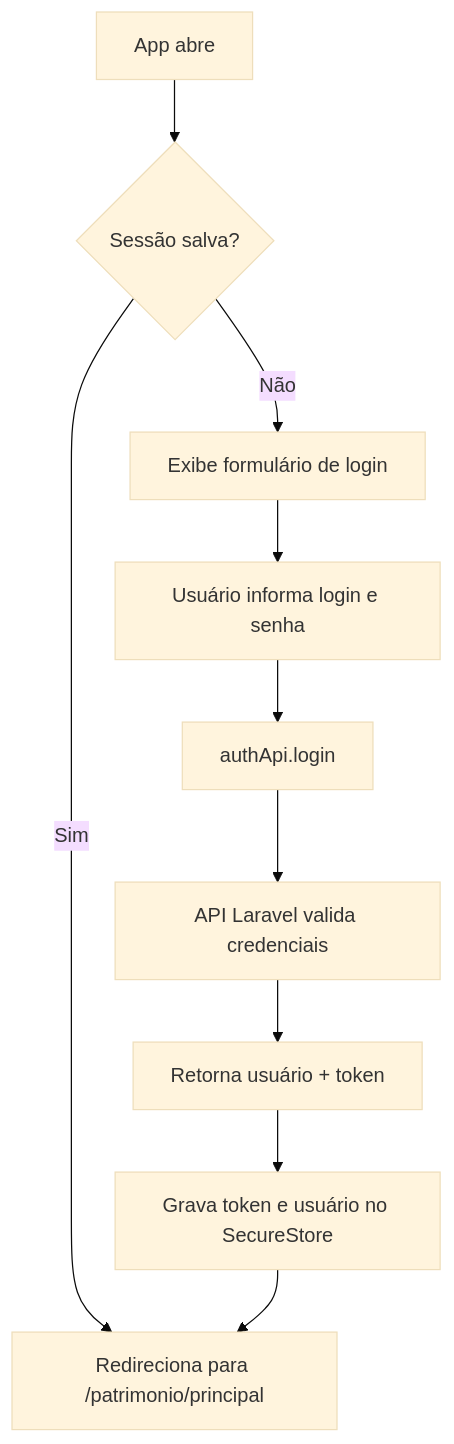
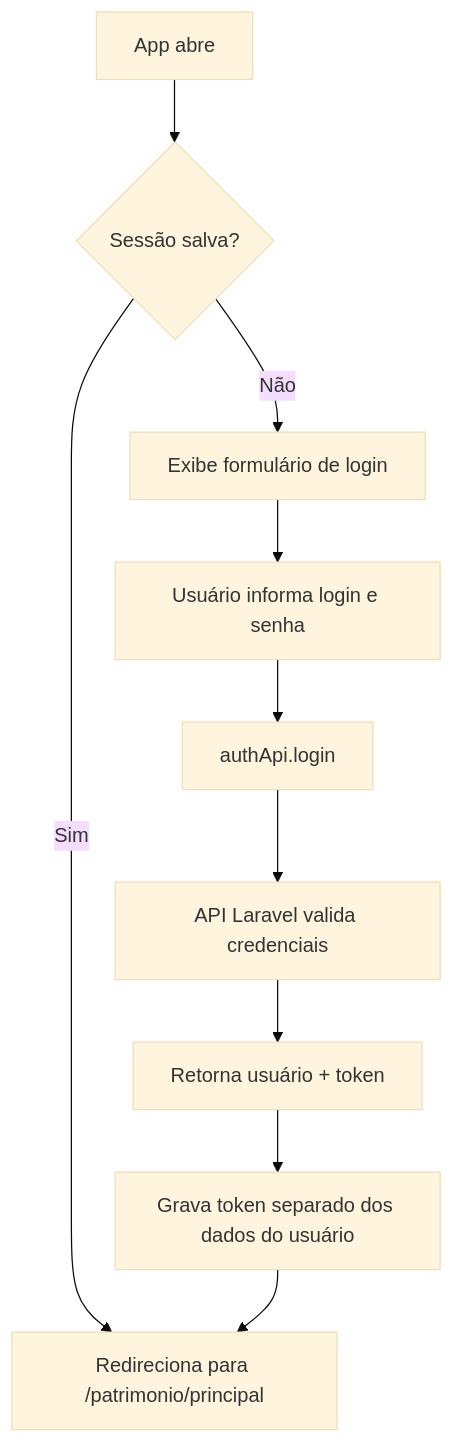
Before and after one commit to donzzim/EGAP: the third of 3 diagrams in README.md, drawn with Mermaid (base theme). The commit also changed other lines of this file, not shown here.

````diff
--- a/README.md
+++ b/README.md
@@ -218,12 +233,12 @@
 ```mermaid
 graph TD
     L1[App abre] --> L2{Sessão salva?}
     L2 -->|Sim| L3[Redireciona para /patrimonio/principal]
     L2 -->|Não| L4[Exibe formulário de login]
     L4 --> L5[Usuário informa login e senha]
     L5 --> L6[authApi.login]
     L6 --> L7[API Laravel valida credenciais]
     L7 --> L8[Retorna usuário + token]
-    L8 --> L9[Grava token e usuário no SecureStore]
+    L8 --> L9[Grava token separado dos dados do usuário]
     L9 --> L3
 ```
````
